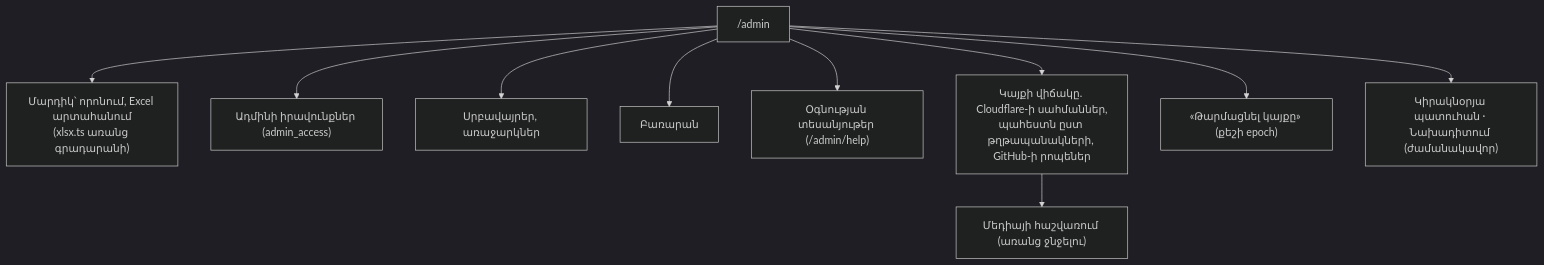
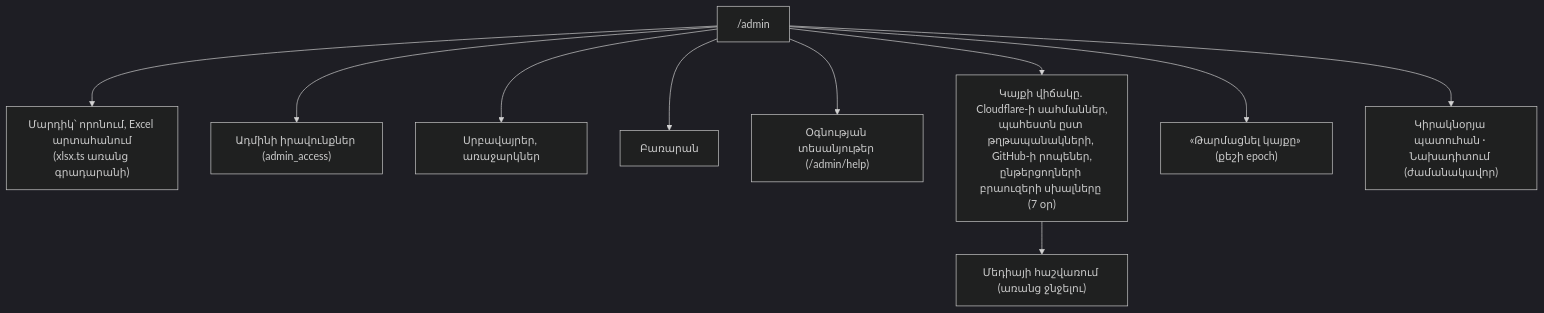
One commit to T0n0yan/armenian-apostolic-digital-library changed diagram 15 of 25 in docs/ARCHITECTURE.md. Above: the diagram before and after it, drawn with Mermaid (dark theme). The commit also changed other lines of this file and 1 other file, not shown here.

First line of the commit message:
ARCHITECTURE. cache, deploy-ի smoke/rollback, սխալներ, փոքր պատկերներ

````diff
--- a/docs/ARCHITECTURE.md
+++ b/docs/ARCHITECTURE.md
@@ -449,12 +454,12 @@
 ```mermaid
 flowchart TD
   A["/admin"] --> P["Մարդիկ՝ որոնում, Excel արտահանում<br/>(xlsx.ts առանց գրադարանի)"]
   A --> R["Ադմինի իրավունքներ (admin_access)"]
   A --> S["Սրբավայրեր, առաջարկներ"]
   A --> G["Բառարան"]
   A --> H["Օգնության տեսանյութեր (/admin/help)"]
-  A --> U["Կայքի վիճակը. Cloudflare-ի սահմաններ,<br/>պահեստն ըստ թղթապանակների, GitHub-ի րոպեներ"]
+  A --> U["Կայքի վիճակը. Cloudflare-ի սահմաններ,<br/>պահեստն ըստ թղթապանակների, GitHub-ի րոպեներ,<br/>ընթերցողների բրաուզերի սխալները (7 օր)"]
   A --> RF["«Թարմացնել կայքը» (քեշի epoch)"]
   A --> SP["Կիրակնօրյա պատուհան · Նախադիտում (ժամանակավոր)"]
   U --> MI["Մեդիայի հաշվառում (առանց ջնջելու)"]
 ```
````
